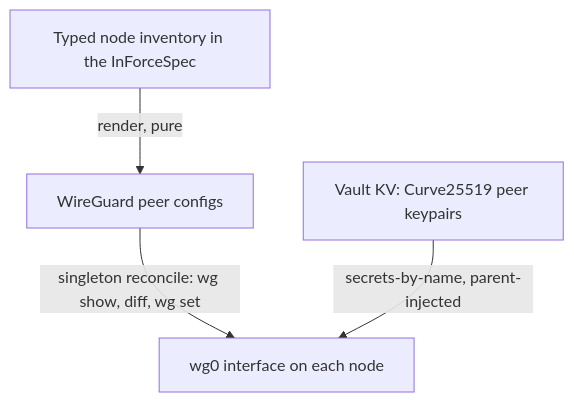
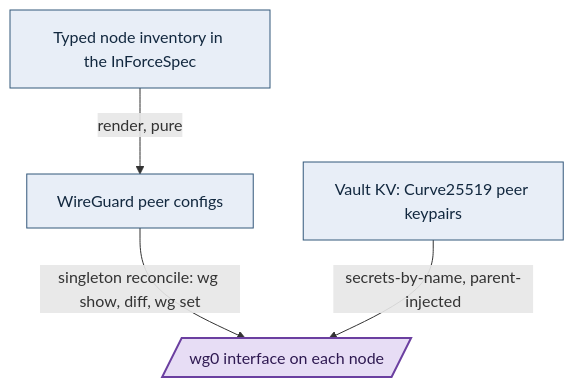
One commit to Tuee22/amoebius changed the diagram in documents/engineering/network_fabric_doctrine.md. Above: the diagram before and after it, drawn with Mermaid. The commit also changed other lines of this file and 36 other files, not shown here.

````diff
--- a/documents/engineering/network_fabric_doctrine.md
+++ b/documents/engineering/network_fabric_doctrine.md
@@ -114,6 +116,8 @@
 ```mermaid
 flowchart TD
-  inv[Typed node inventory in the InForceSpec] -->|render, pure| cfg[WireGuard peer configs]
-  cfg -->|singleton reconcile: wg show, diff, wg set| iface[wg0 interface on each node]
-  vault[Vault KV: Curve25519 peer keypairs] -->|secrets-by-name, parent-injected| iface
+  inv["Typed node inventory in the InForceSpec"]:::intent -->|render, pure| cfg["WireGuard peer configs"]:::intent
+  cfg -->|singleton reconcile: wg show, diff, wg set| iface[/"wg0 interface on each node"/]:::effect
+  vault["Vault KV: Curve25519 peer keypairs"]:::intent -->|secrets-by-name, parent-injected| iface
+  classDef intent   fill:#e8eef7,stroke:#33587a,color:#12283f,stroke-width:1px
+  classDef effect   fill:#e7ddf5,stroke:#6b3fa0,color:#2f1a52,stroke-width:2px
 ```
````
